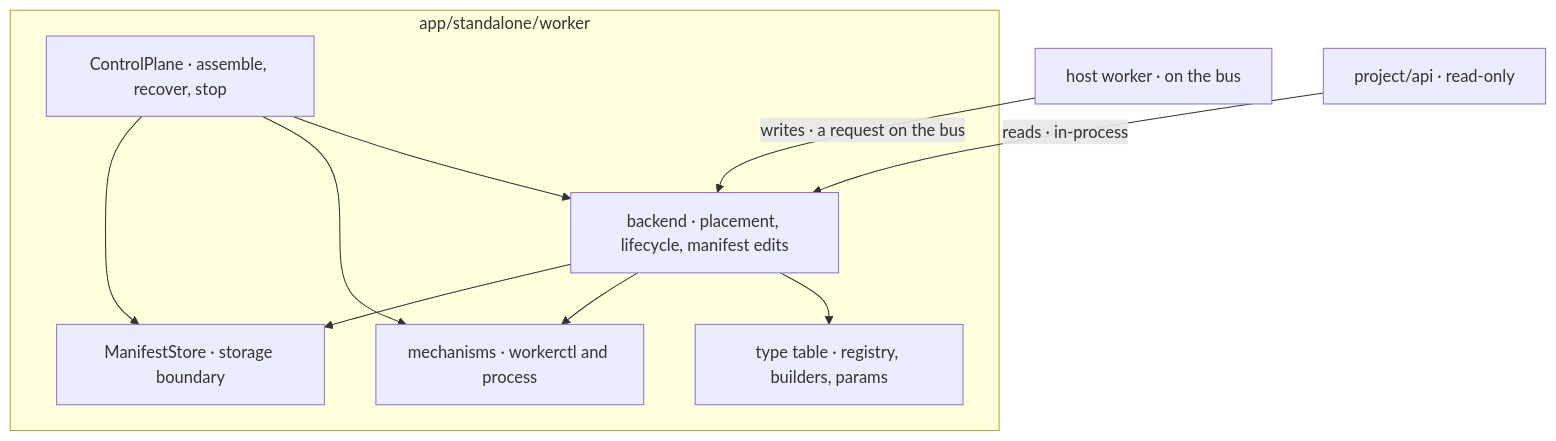
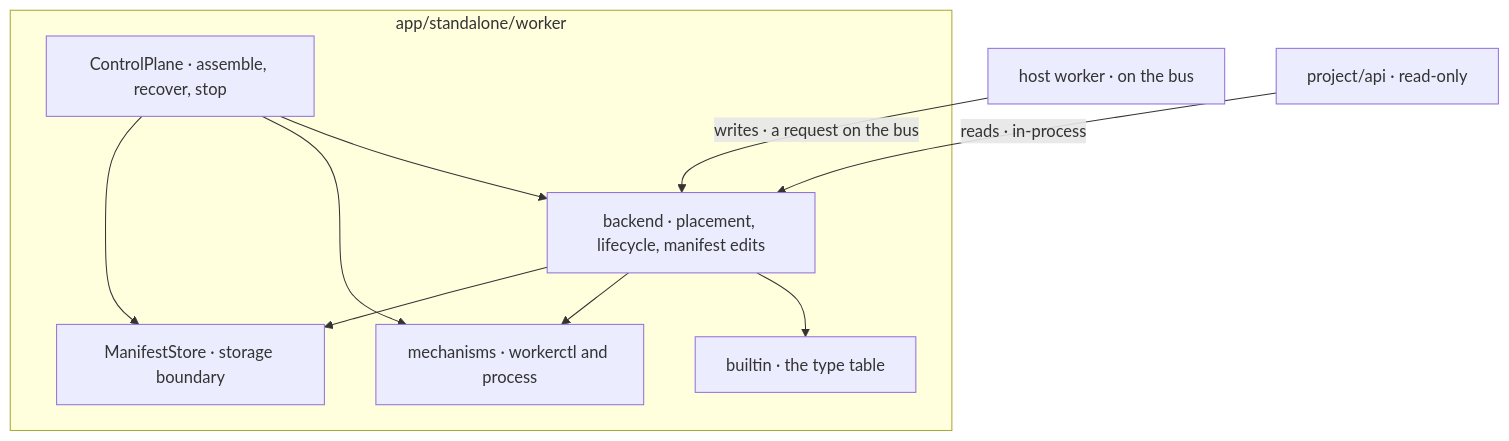
Before and after one commit to niq-run/niq: the diagram in app/standalone/worker/README.md, drawn with Mermaid. The commit also changed other lines of this file and 4 other files, not shown here.

First line of the commit message:
docs(worker): document the split, and give the type table its own page

````diff
--- a/app/standalone/worker/README.md
+++ b/app/standalone/worker/README.md
@@ -9,22 +10,22 @@
 ```mermaid
 flowchart TB
     HOST["host worker · on the bus"]
     API["project/api · read-only"]
 
     subgraph plane["app/standalone/worker"]
         CP["ControlPlane · assemble, recover, stop"]
         BE["backend · placement, lifecycle, manifest edits"]
-        TYPES["type table · registry, builders, params"]
+        TYPES["builtin · the type table"]
         MECH["mechanisms · workerctl and process"]
         MS["ManifestStore · storage boundary"]
     end
 
     HOST -->|"writes · a request on the bus"| BE
     API -->|"reads · in-process"| BE
     CP --> BE
     CP --> MECH
     CP --> MS
     BE --> TYPES
     BE --> MECH
     BE --> MS
 ```
````
